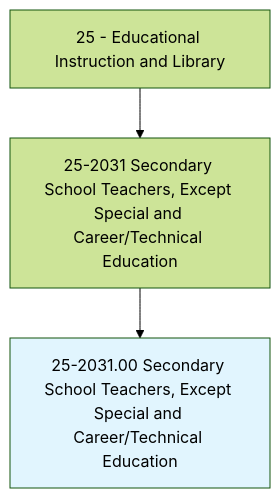
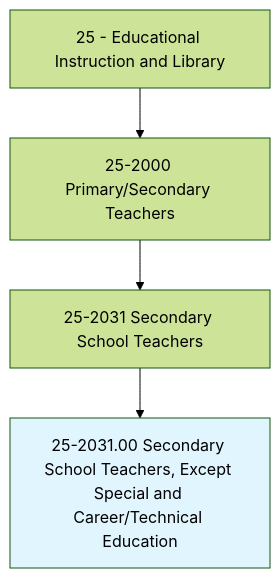
The first of 4 diagrams in occupations/Education/SecondarySchoolTeachersExceptSpecialAndCareerTechnicalEducation.mdx (kziemski/business.org.ai), drawn with Mermaid (forest theme) before and after one commit. The commit also changed other lines of this file and 938 other files, not shown here.

````diff
--- a/occupations/Education/SecondarySchoolTeachersExceptSpecialAndCareerTechnicalEducation.mdx
+++ b/occupations/Education/SecondarySchoolTeachersExceptSpecialAndCareerTechnicalEducation.mdx
@@ -19,6 +23,7 @@
 ```mermaid
 graph TD
-    Cat25["25 - Educational Instruction and Library"] --> Group252031["25-2031 Secondary School Teachers, Except Special and Career/Technical Education"]
+    Cat25["25 - Educational Instruction and Library"] --> Group252["25-2000 Primary/Secondary Teachers"]
+    Group252 --> Group252031["25-2031 Secondary School Teachers"]
     Group252031 --> Current["25-2031.00 Secondary School Teachers, Except Special and Career/Technical Education"]
     style Current fill:#e1f5fe
 ```
````
